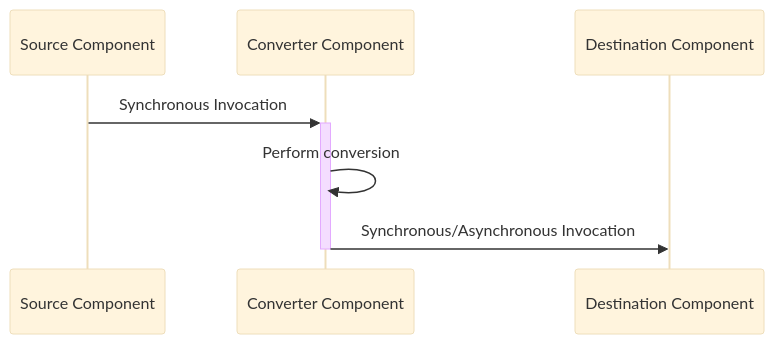
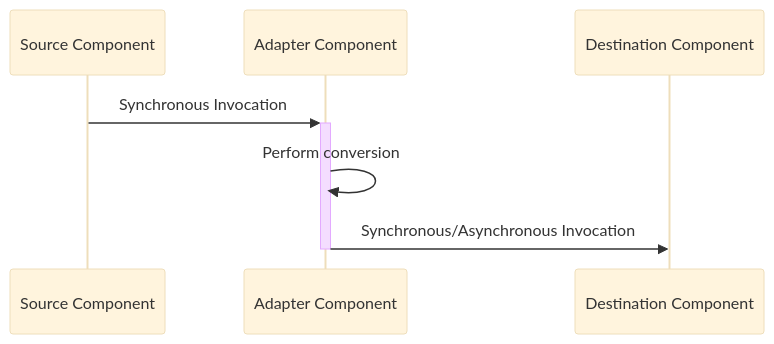
One commit to nasa/fprime changed the seventh of 7 diagrams in docs/user-manual/framework/component-and-port-selection.md. Above: the diagram before and after it, drawn with Mermaid (base theme). The commit also changed other lines of this file, not shown here.

````diff
--- a/docs/user-manual/framework/component-and-port-selection.md
+++ b/docs/user-manual/framework/component-and-port-selection.md
@@ -221,11 +234,11 @@
 ```mermaid
 sequenceDiagram
     participant S as Source Component
-    participant C as Converter Component
+    participant C as Adapter Component
     participant D as Destination Component 
 
     S->>+C: Synchronous Invocation
     C->>C: Perform conversion
     C->>D: Synchronous/Asynchronous Invocation
     deactivate C
 ```
````
